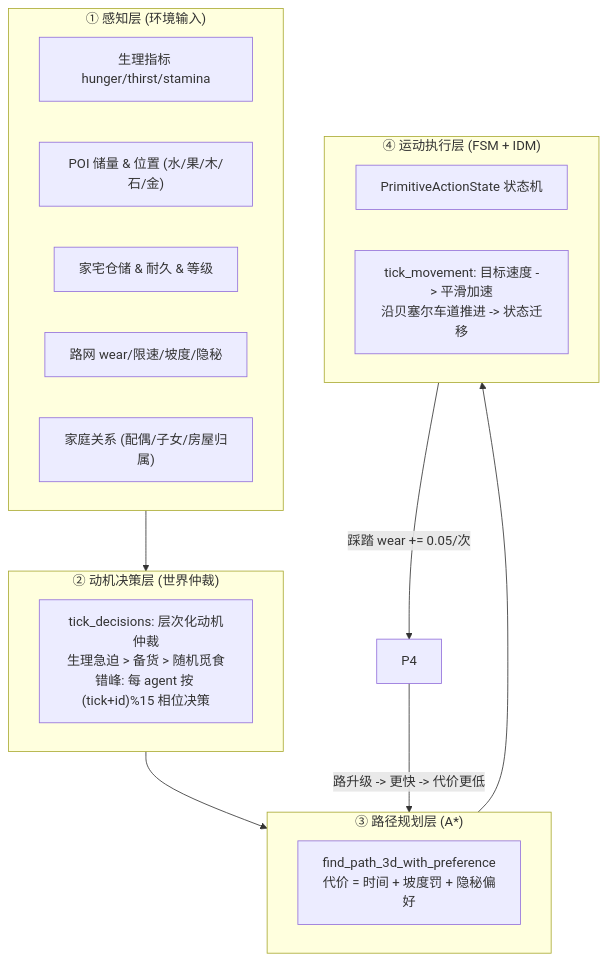
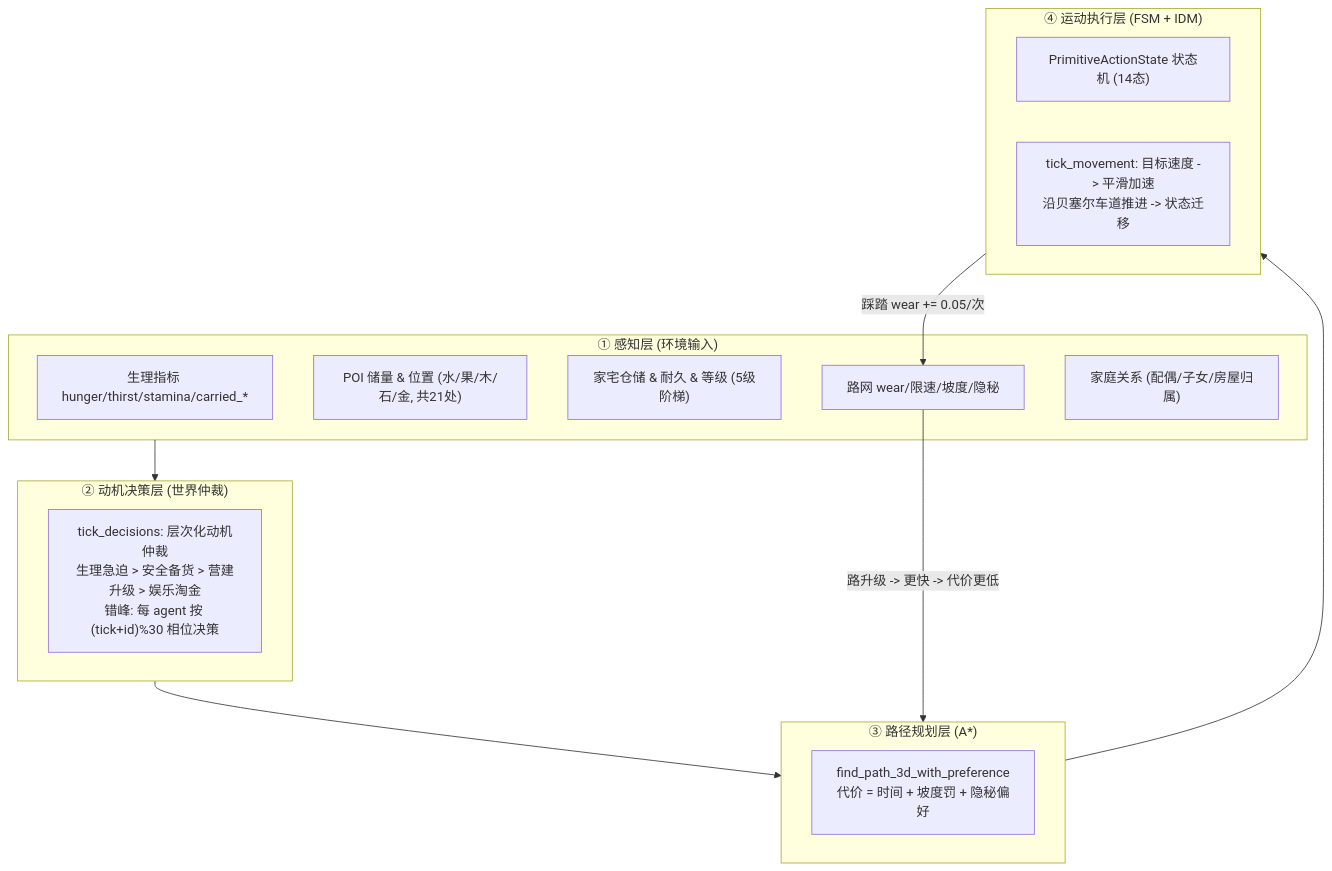
The diagram in AGENT_AI_ANALYSIS.md (g39088902/FlowAndAccord), drawn with Mermaid before and after one commit. The commit also changed other lines of this file and 12 other files, not shown here.

````diff
--- a/AGENT_AI_ANALYSIS.md
+++ b/AGENT_AI_ANALYSIS.md
@@ -22,27 +21,27 @@
 ```mermaid
 flowchart TD
     subgraph P["① 感知层 (环境输入)"]
-        S1["生理指标 hunger/thirst/stamina"]
-        S2["POI 储量 & 位置 (水/果/木/石/金)"]
-        S3["家宅仓储 & 耐久 & 等级"]
+        S1["生理指标 hunger/thirst/stamina/carried_*"]
+        S2["POI 储量 & 位置 (水/果/木/石/金, 共21处)"]
+        S3["家宅仓储 & 耐久 & 等级 (5级阶梯)"]
         S4["路网 wear/限速/坡度/隐秘"]
         S5["家庭关系 (配偶/子女/房屋归属)"]
     end
 
     subgraph D["② 动机决策层 (世界仲裁)"]
-        D1["tick_decisions: 层次化动机仲裁<br>生理急迫 > 备货 > 随机觅食<br>错峰: 每 agent 按 (tick+id)%15 相位决策"]
+        D1["tick_decisions: 层次化动机仲裁<br>生理急迫 > 安全备货 > 营建升级 > 娱乐淘金<br>错峰: 每 agent 按 (tick+id)%30 相位决策"]
     end
 
     subgraph N["③ 路径规划层 (A*)"]
         N1["find_path_3d_with_preference<br>代价 = 时间 + 坡度罚 + 隐秘偏好"]
     end
 
     subgraph M["④ 运动执行层 (FSM + IDM)"]
-        M1["PrimitiveActionState 状态机"]
+        M1["PrimitiveActionState 状态机 (14态)"]
         M2["tick_movement: 目标速度 -> 平滑加速<br>沿贝塞尔车道推进 -> 状态迁移"]
     end
 
     P --> D --> N --> M
-    M -->|"踩踏 wear += 0.05/次"| P4
-    P4 -->|"路升级 -> 更快 -> 代价更低"| N
+    M -->|"踩踏 wear += 0.05/次"| S4
+    S4 -->|"路升级 -> 更快 -> 代价更低"| N
 ```
````
